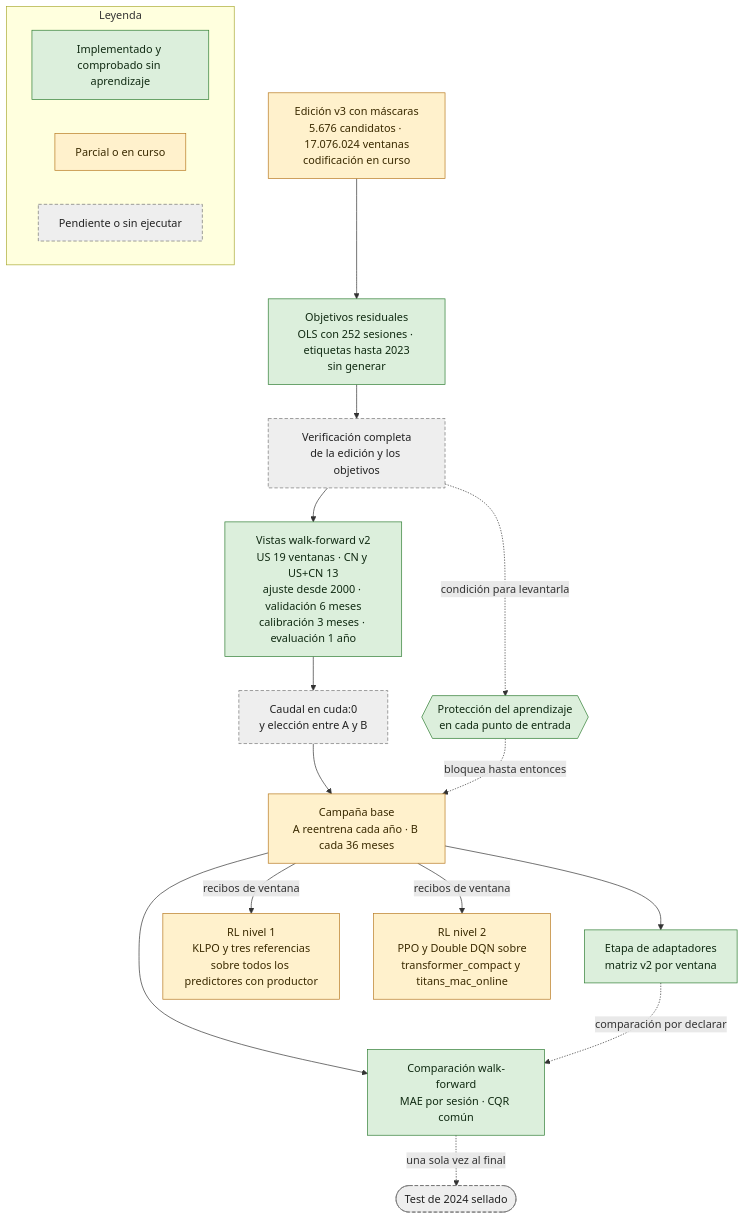
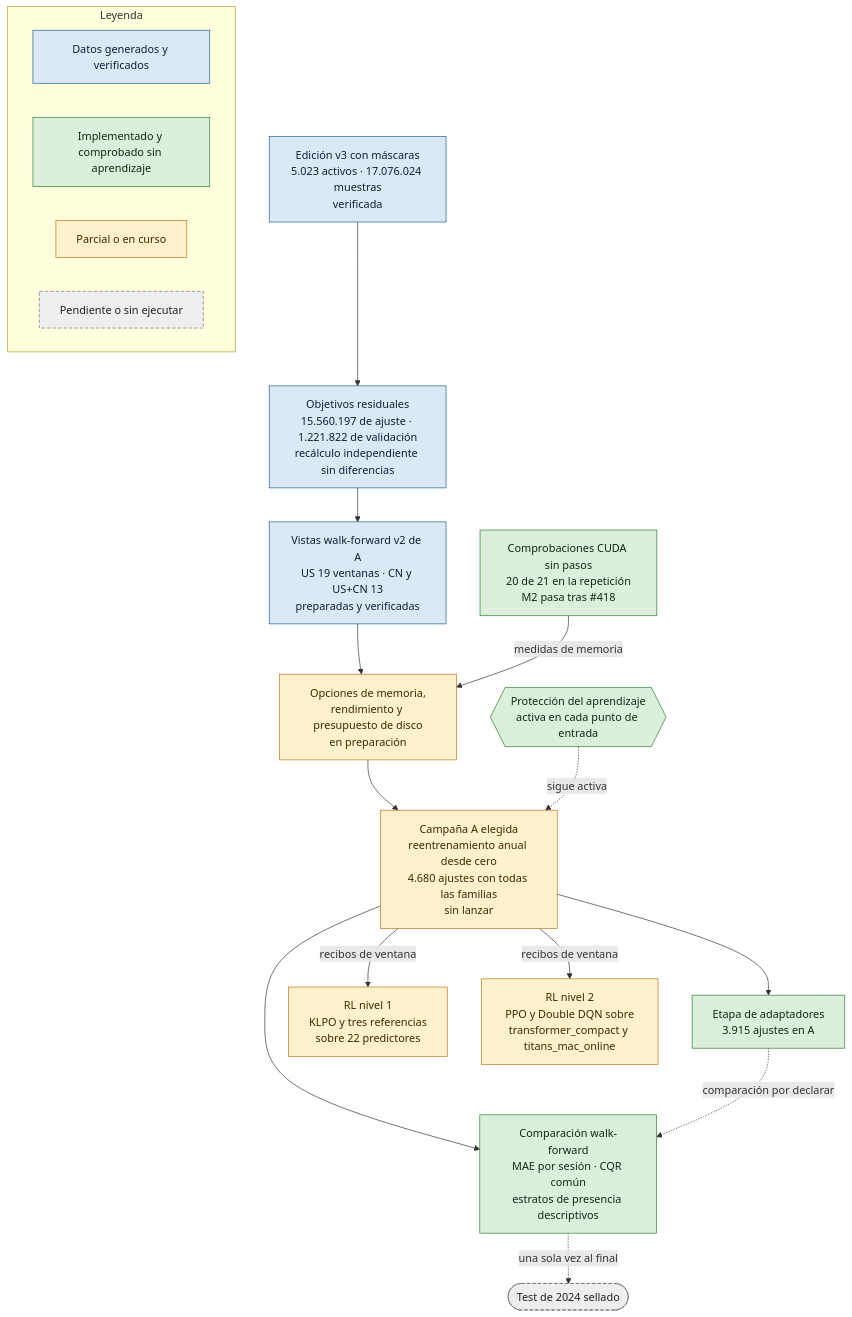
Before and after one commit to GonxKZ/mars-titan: the first of 3 diagrams in README.md, drawn with Mermaid. The commit also changed other lines of this file and 312 other files, not shown here.

First line of the commit message:
chore(release): publish the integrity bench, complete walk-forward evaluation and comparison matrix (#471)

````diff
--- a/README.md
+++ b/README.md
@@ -31,35 +35,37 @@
 ```mermaid
 flowchart TD
-    E["Edición v3 con máscaras<br/>5.676 candidatos · 17.076.024 ventanas<br/>codificación en curso"]:::parcial
-    O["Objetivos residuales<br/>OLS con 252 sesiones · etiquetas hasta 2023<br/>sin generar"]:::comprobado
-    V["Verificación completa<br/>de la edición y los objetivos"]:::pendiente
-    H{{"Protección del aprendizaje<br/>en cada punto de entrada"}}:::comprobado
-    W["Vistas walk-forward v2<br/>US 19 ventanas · CN y US+CN 13<br/>ajuste desde 2000 · validación 6 meses<br/>calibración 3 meses · evaluación 1 año"]:::comprobado
-    Q["Caudal en cuda:0<br/>y elección entre A y B"]:::pendiente
-    B["Campaña base<br/>A reentrena cada año · B cada 36 meses"]:::parcial
-    P["Etapa de adaptadores<br/>matriz v2 por ventana"]:::comprobado
-    R1["RL nivel 1<br/>KLPO y tres referencias<br/>sobre todos los predictores con productor"]:::parcial
+    E["Edición v3 con máscaras<br/>5.023 activos · 17.076.024 muestras<br/>verificada"]:::ejecutado
+    O["Objetivos residuales<br/>15.560.197 de ajuste · 1.221.822 de validación<br/>recálculo independiente sin diferencias"]:::ejecutado
+    H{{"Protección del aprendizaje<br/>activa en cada punto de entrada"}}:::comprobado
+    W["Vistas walk-forward v2 de A<br/>US 19 ventanas · CN y US+CN 13<br/>preparadas y verificadas"]:::ejecutado
+    K["Comprobaciones CUDA sin pasos<br/>20 de 21 en la repetición<br/>M2 pasa tras #418"]:::comprobado
+    Q["Opciones de memoria,<br/>rendimiento y presupuesto de disco<br/>en preparación"]:::parcial
+    A["Campaña A elegida<br/>reentrenamiento anual desde cero<br/>4.680 ajustes con todas las familias<br/>sin lanzar"]:::parcial
+    P["Etapa de adaptadores<br/>3.915 ajustes en A"]:::comprobado
+    R1["RL nivel 1<br/>KLPO y tres referencias<br/>sobre 22 predictores"]:::parcial
     R2["RL nivel 2<br/>PPO y Double DQN sobre<br/>transformer_compact y titans_mac_online"]:::parcial
-    C["Comparación walk-forward<br/>MAE por sesión · CQR común"]:::comprobado
+    C["Comparación walk-forward<br/>MAE por sesión · CQR común<br/>estratos de presencia descriptivos"]:::comprobado
     T(["Test de 2024 sellado"]):::pendiente
 
-    E --> O --> V --> W --> Q --> B
-    V -. condición para levantarla .-> H
-    H -. bloquea hasta entonces .-> B
-    B --> P
-    B -- recibos de ventana --> R1
-    B -- recibos de ventana --> R2
-    B --> C
+    E --> O --> W --> Q --> A
+    K -- medidas de memoria --> Q
+    H -. sigue activa .-> A
+    A --> P
+    A -- recibos de ventana --> R1
+    A -- recibos de ventana --> R2
+    A --> C
     P -. comparación por declarar .-> C
     C -. una sola vez al final .-> T
 
     subgraph LEY["Leyenda"]
+        L0["Datos generados y verificados"]:::ejecutado
         L1["Implementado y comprobado sin aprendizaje"]:::comprobado
         L2["Parcial o en curso"]:::parcial
         L3["Pendiente o sin ejecutar"]:::pendiente
     end
 
+    classDef ejecutado fill:#dbe8f6,stroke:#1f5f99,color:#0d2238
     classDef comprobado fill:#dcefdc,stroke:#2e7d32,color:#102a12
     classDef parcial fill:#fff1cc,stroke:#b7791f,color:#3a2a00
     classDef pendiente fill:#eeeeee,stroke:#757575,color:#222222,stroke-dasharray:5 3
 ```
````
